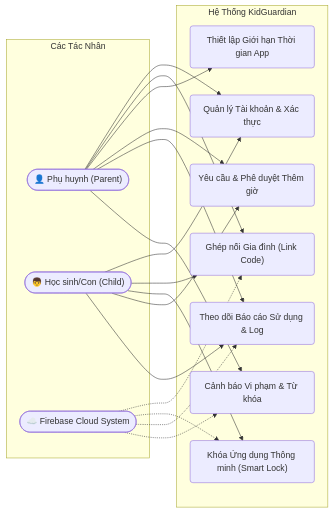
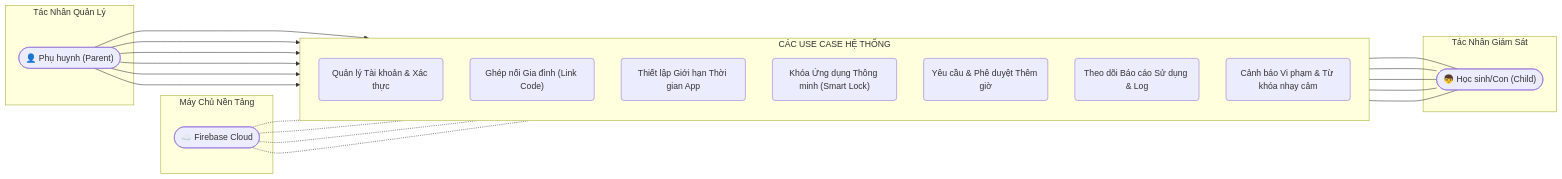
One commit to minhduc01168/KidGuardian-THPT changed the second of 9 diagrams in docs/TECHNICAL_REPORT_DIAGRAMS.md. Above: the diagram before and after it, drawn with Mermaid. The commit also changed other lines of this file, not shown here.

Commit message:
docs: vẽ lại biểu đồ Use Case tổng quát với 2 bố cục không đan chéo dây

````diff
--- a/docs/TECHNICAL_REPORT_DIAGRAMS.md
+++ b/docs/TECHNICAL_REPORT_DIAGRAMS.md
@@ -26,36 +73,46 @@
 ```mermaid
 graph LR
-    subgraph Actors [Các Tác Nhân]
+    subgraph LeftActor [Tác Nhân Quản Lý]
         Parent(["👤 Phụ huynh (Parent)"])
-        Child(["👦 Học sinh/Con (Child)"])
-        System(["☁️ Firebase Cloud System"])
     end
 
-    subgraph KidGuardianSystem [Hệ Thống KidGuardian]
+    subgraph CoreUseCases [CÁC USE CASE HỆ THỐNG]
+        direction TB
         UC1("Quản lý Tài khoản & Xác thực")
         UC2("Ghép nối Gia đình (Link Code)")
         UC3("Thiết lập Giới hạn Thời gian App")
         UC4("Khóa Ứng dụng Thông minh (Smart Lock)")
         UC5("Yêu cầu & Phê duyệt Thêm giờ")
         UC6("Theo dõi Báo cáo Sử dụng & Log")
-        UC7("Cảnh báo Vi phạm & Từ khóa")
+        UC7("Cảnh báo Vi phạm & Từ khóa nhạy cảm")
     end
 
-    Parent --> UC1
-    Parent --> UC2
-    Parent --> UC3
-    Parent --> UC5
-    Parent --> UC6
-    Parent --> UC7
+    subgraph RightActor [Tác Nhân Giám Sát]
+        Child(["👦 Học sinh/Con (Child)"])
+    end
 
-    Child --> UC1
-    Child --> UC2
-    Child --> UC4
-    Child --> UC5
-    Child --> UC6
+    subgraph TopSystem [Máy Chủ Nền Tảng]
+        System(["☁️ Firebase Cloud"])
+    end
 
-    System -.-> UC2
-    System -.-> UC4
-    System -.-> UC6
-    System -.-> UC7
+    %% Kết nối ngang từ bên Trái (Parent)
+    Parent ---> UC1
+    Parent ---> UC2
+    Parent ---> UC3
+    Parent ---> UC5
+    Parent ---> UC6
+    Parent ---> UC7
+
+    %% Kết nối ngang từ bên Phải (Child)
+    UC1 <--- Child
+    UC2 <--- Child
+    UC4 <--- Child
+    UC5 <--- Child
+    UC6 <--- Child
+
+    %% Kết nối từ trên xuống (System)
+    System -.- UC2
+    System -.- UC4
+    System -.- UC6
+    System -.- UC7
 ```
````
